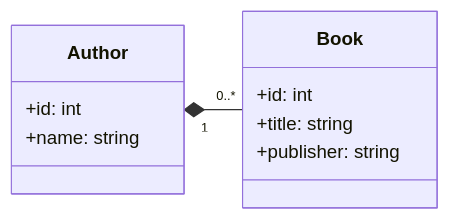
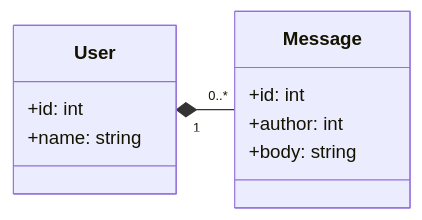
Before and after one commit to Better-HPC/keystone-api: the third of 4 diagrams in docs/developer/design_guidelines.md, drawn with Mermaid. The commit also changed other lines of this file and 1 other file, not shown here.

````diff
--- a/docs/developer/design_guidelines.md
+++ b/docs/developer/design_guidelines.md
@@ -48,15 +114,14 @@
     ```mermaid
-
     classDiagram
         direction LR
-        Author "1" *-- "0..*" Book
-        class Author {
+        User "1" *-- "0..*" Message
+        class User {
           +id: int
           +name: string
         }
-        class Book {
+        class Message {
           +id: int
-          +title: string
-          +publisher: string
+          +author: int
+          +body: string
         }
     ```
````
